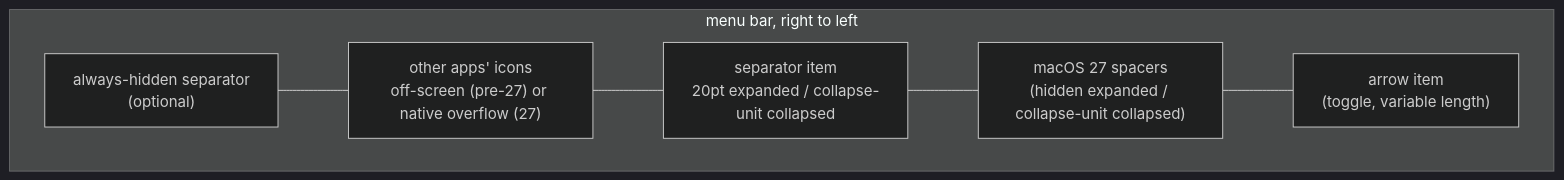
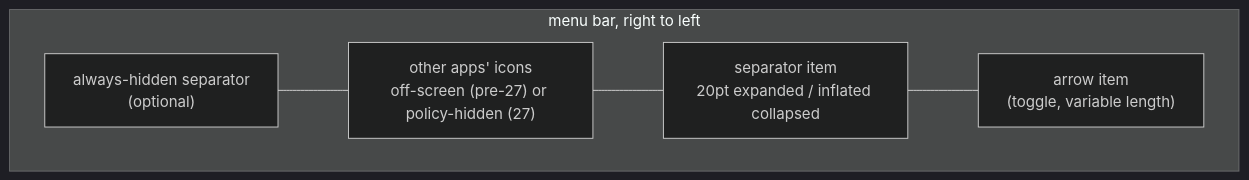
One commit to dwarvesf/hidden changed the first of 2 diagrams in docs/ARCHITECTURE.md. Above: the diagram before and after it, drawn with Mermaid (dark theme). The commit also changed other lines of this file and 1 other file, not shown here.

Commit message:
docs: document macOS 27 assessment-mode backend

````diff
--- a/docs/ARCHITECTURE.md
+++ b/docs/ARCHITECTURE.md
@@ -25,12 +30,11 @@
 ```mermaid
 flowchart LR
     subgraph menubar [menu bar, right to left]
         direction RL
         ARROW["arrow item\n(toggle, variable length)"]
-        SPACERS["macOS 27 spacers\n(hidden expanded / collapse-unit collapsed)"]
-        SEP["separator item\n20pt expanded / collapse-unit collapsed"]
-        HIDDEN["other apps' icons\noff-screen (pre-27) or native overflow (27)"]
+        SEP["separator item\n20pt expanded / inflated collapsed"]
+        HIDDEN["other apps' icons\noff-screen (pre-27) or policy-hidden (27)"]
         ALWAYS["always-hidden separator\n(optional)"]
     end
-    ARROW --- SPACERS --- SEP --- HIDDEN --- ALWAYS
+    ARROW --- SEP --- HIDDEN --- ALWAYS
 ```
````
